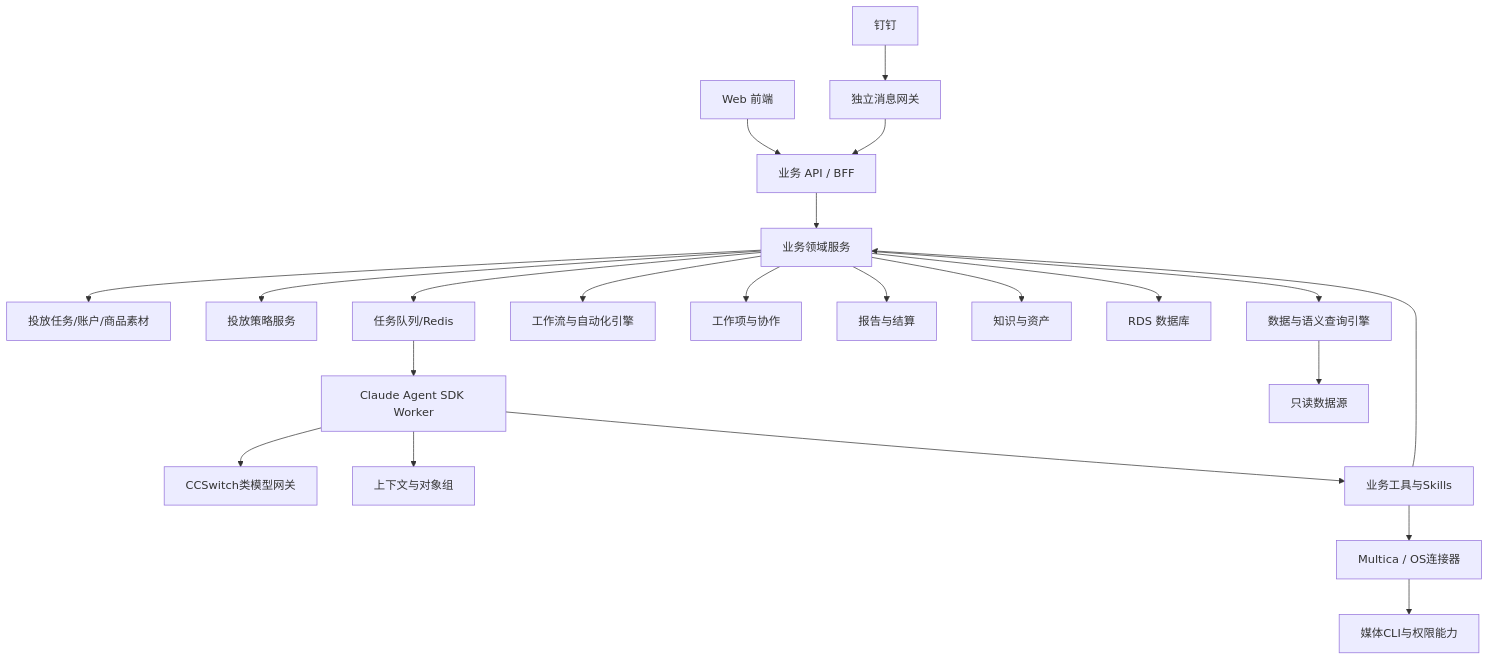
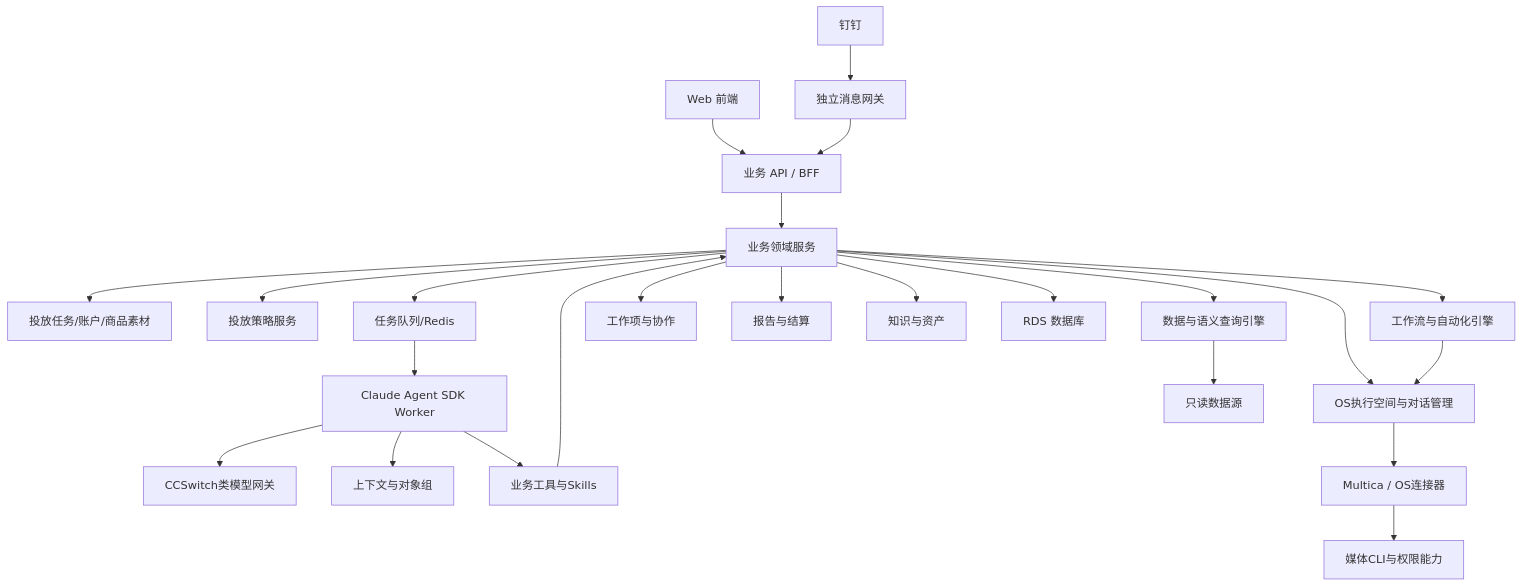
One commit to obb396193-code/ka-pilot changed the diagram in docs/plans/2026-08-14-KA投放经营平台-讨论版-v0.4.md. Above: the diagram before and after it, drawn with Mermaid. The commit also changed other lines of this file and 1 other file, not shown here.

````diff
--- a/docs/plans/2026-08-14-KA投放经营平台-讨论版-v0.4.md
+++ b/docs/plans/2026-08-14-KA投放经营平台-讨论版-v0.4.md
@@ -772,29 +944,31 @@
 ```mermaid
 flowchart TD
     WEB["Web 前端"] --> API["业务 API / BFF"]
     DT["钉钉"] --> MSG["独立消息网关"]
     MSG --> API
 
     API --> DOMAIN["业务领域服务"]
     DOMAIN --> TASK["投放任务/账户/商品素材"]
     DOMAIN --> STRATEGY["投放策略服务"]
     DOMAIN --> DATA["数据与语义查询引擎"]
     DOMAIN --> WORK["工作流与自动化引擎"]
+    DOMAIN --> OSCTRL["OS执行空间与对话管理"]
     DOMAIN --> TODO["工作项与协作"]
     DOMAIN --> REPORT["报告与结算"]
     DOMAIN --> KNOW["知识与资产"]
 
     DOMAIN --> DB["RDS 数据库"]
     DOMAIN --> QUEUE["任务队列/Redis"]
 
     QUEUE --> AGENT["Claude Agent SDK Worker"]
     AGENT --> MODEL["CCSwitch类模型网关"]
     AGENT --> CONTEXT["上下文与对象组"]
     AGENT --> TOOLS["业务工具与Skills"]
 
     TOOLS --> DOMAIN
-    TOOLS --> OS["Multica / OS连接器"]
+    WORK --> OSCTRL
+    OSCTRL --> OS["Multica / OS连接器"]
 
     DATA --> READ["只读数据源"]
     OS --> CLI["媒体CLI与权限能力"]
 ```
````
